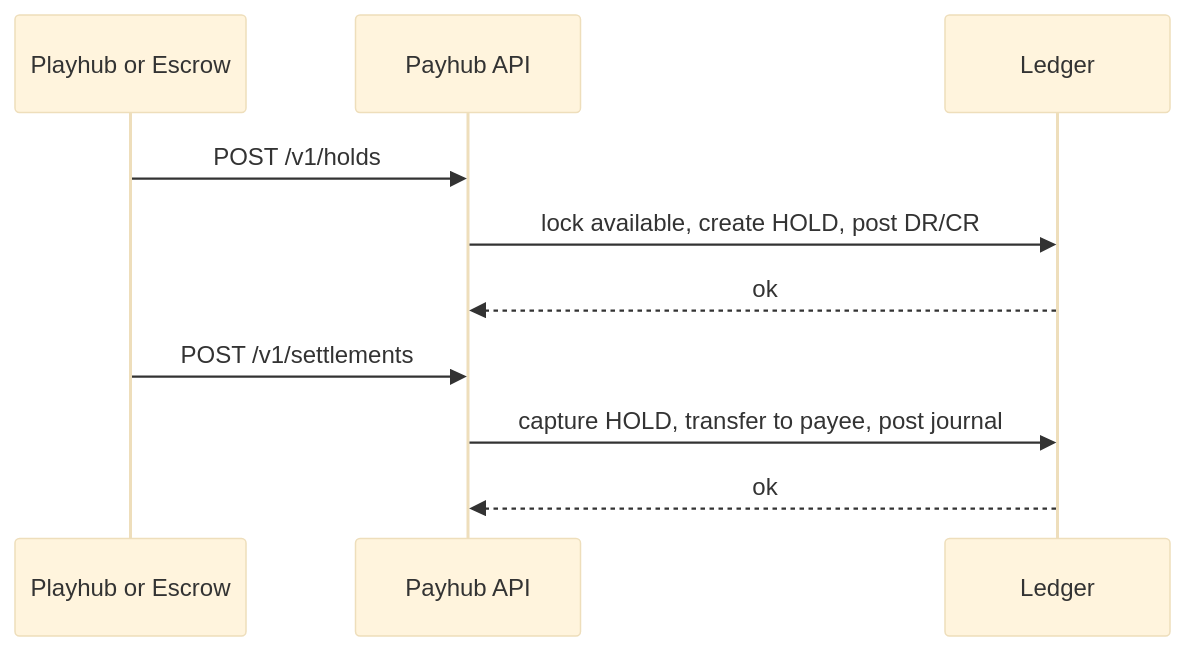
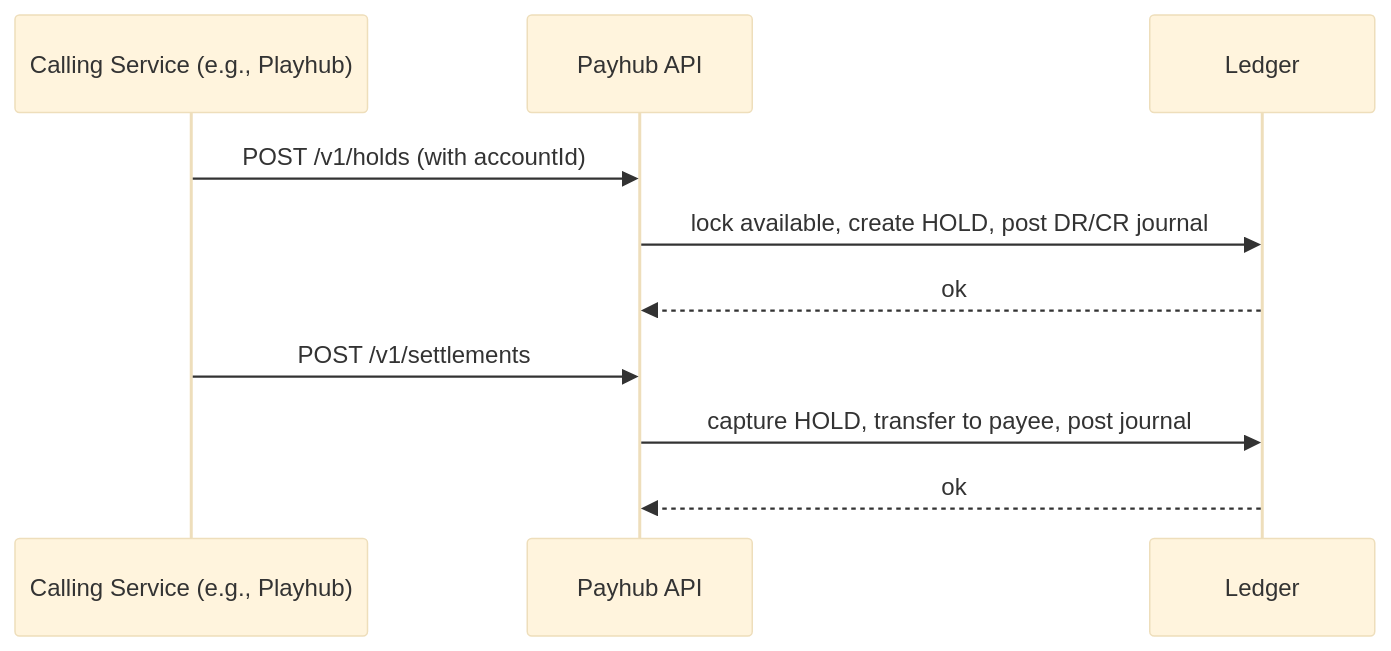
The third of 7 diagrams in SystemDesign.md (bkkac/tg-miniapp-payhub-service), drawn with Mermaid (base theme) before and after one commit. The commit also changed other lines of this file, not shown here.

````diff
--- a/SystemDesign.md
+++ b/SystemDesign.md
@@ -986,12 +1021,12 @@
 ```mermaid
 sequenceDiagram
-  participant SVC as Playhub or Escrow
+  participant SVC as Calling Service (e.g., Playhub)
   participant PH as Payhub API
   participant DB as Ledger
-  SVC->>PH: POST /v1/holds
-  PH->>DB: lock available, create HOLD, post DR/CR
+  SVC->>PH: POST /v1/holds (with accountId)
+  PH->>DB: lock available, create HOLD, post DR/CR journal
   DB-->>PH: ok
   SVC->>PH: POST /v1/settlements
   PH->>DB: capture HOLD, transfer to payee, post journal
   DB-->>PH: ok
 ```
````
